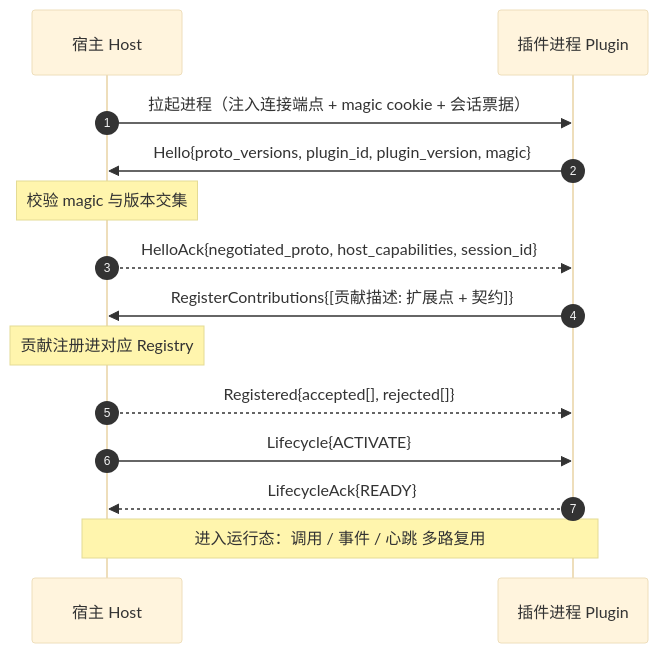
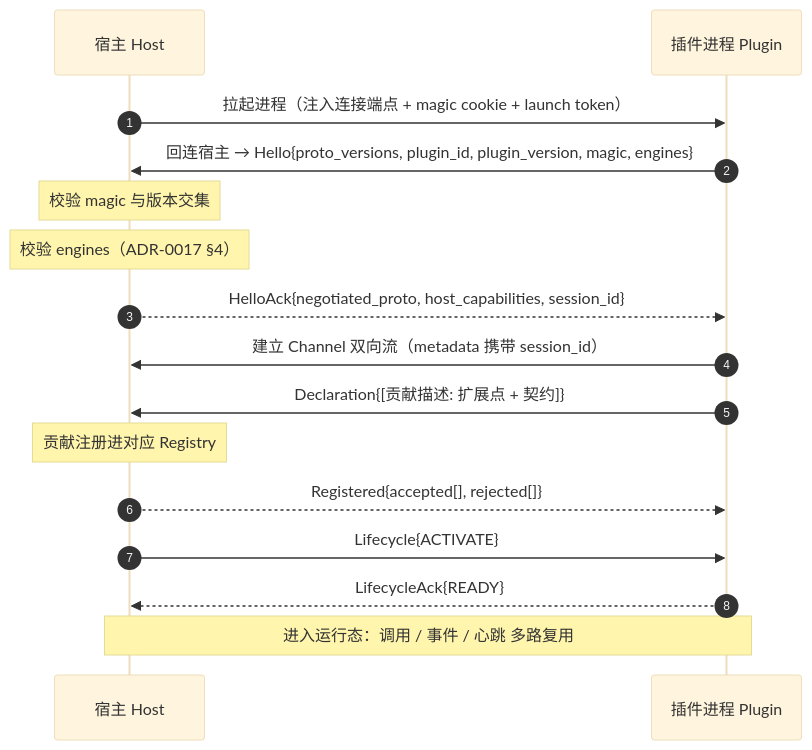
The second of 3 diagrams in docs/dev/architecture/插件契约与协议.md (yandt/VastPlan), drawn with Mermaid (base theme) before and after one commit. The commit also changed other lines of this file and 15 other files, not shown here.

First line of the commit message:
feat(protocol): Channel 双向流——回归设计方向并解锁插件回调宿主

````diff
--- a/docs/dev/architecture/插件契约与协议.md
+++ b/docs/dev/architecture/插件契约与协议.md
@@ -178,17 +178,19 @@
 ```mermaid
 sequenceDiagram
     autonumber
     participant H as 宿主 Host
     participant P as 插件进程 Plugin
 
-    H->>P: 拉起进程（注入连接端点 + magic cookie + 会话票据）
-    P->>H: Hello{proto_versions, plugin_id, plugin_version, magic}
+    H->>P: 拉起进程（注入连接端点 + magic cookie + launch token）
+    P->>H: 回连宿主 → Hello{proto_versions, plugin_id, plugin_version, magic, engines}
     Note over H: 校验 magic 与版本交集
+    Note over H: 校验 engines（ADR-0017 §4）
     H-->>P: HelloAck{negotiated_proto, host_capabilities, session_id}
-    P->>H: RegisterContributions{[贡献描述: 扩展点 + 契约]}
+    P->>H: 建立 Channel 双向流（metadata 携带 session_id）
+    P->>H: Declaration{[贡献描述: 扩展点 + 契约]}
     Note over H: 贡献注册进对应 Registry
     H-->>P: Registered{accepted[], rejected[]}
     H->>P: Lifecycle{ACTIVATE}
     P-->>H: LifecycleAck{READY}
     Note over H,P: 进入运行态：调用 / 事件 / 心跳 多路复用
 ```
````
